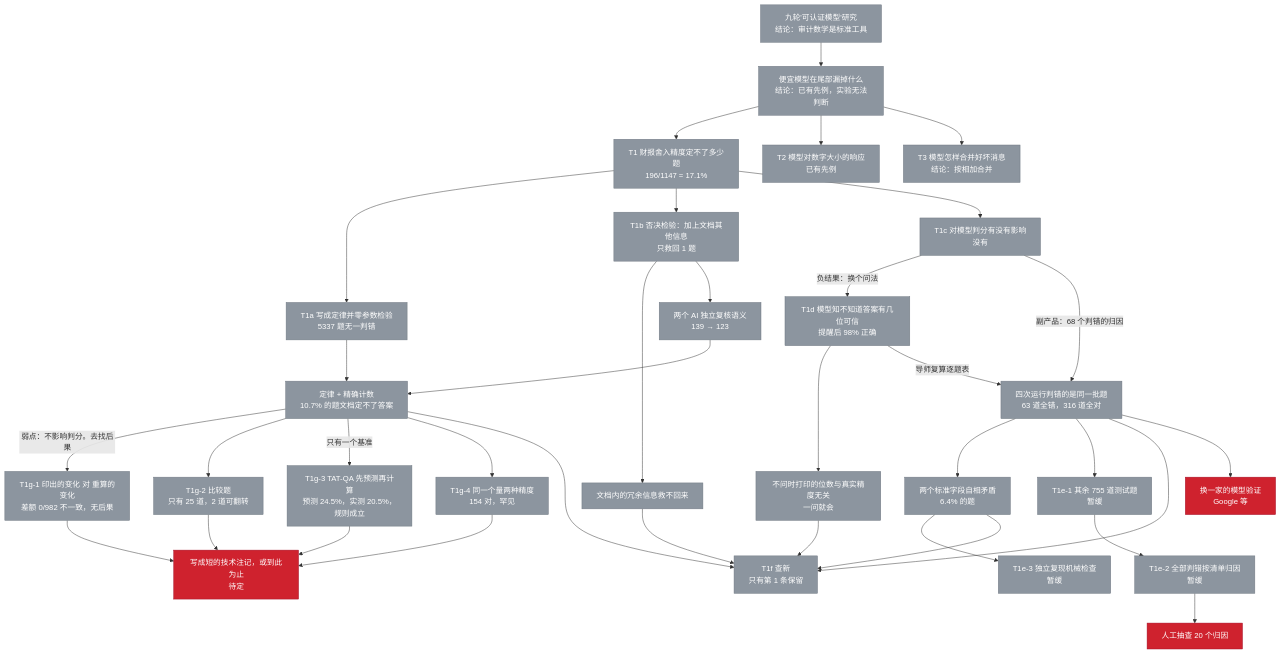
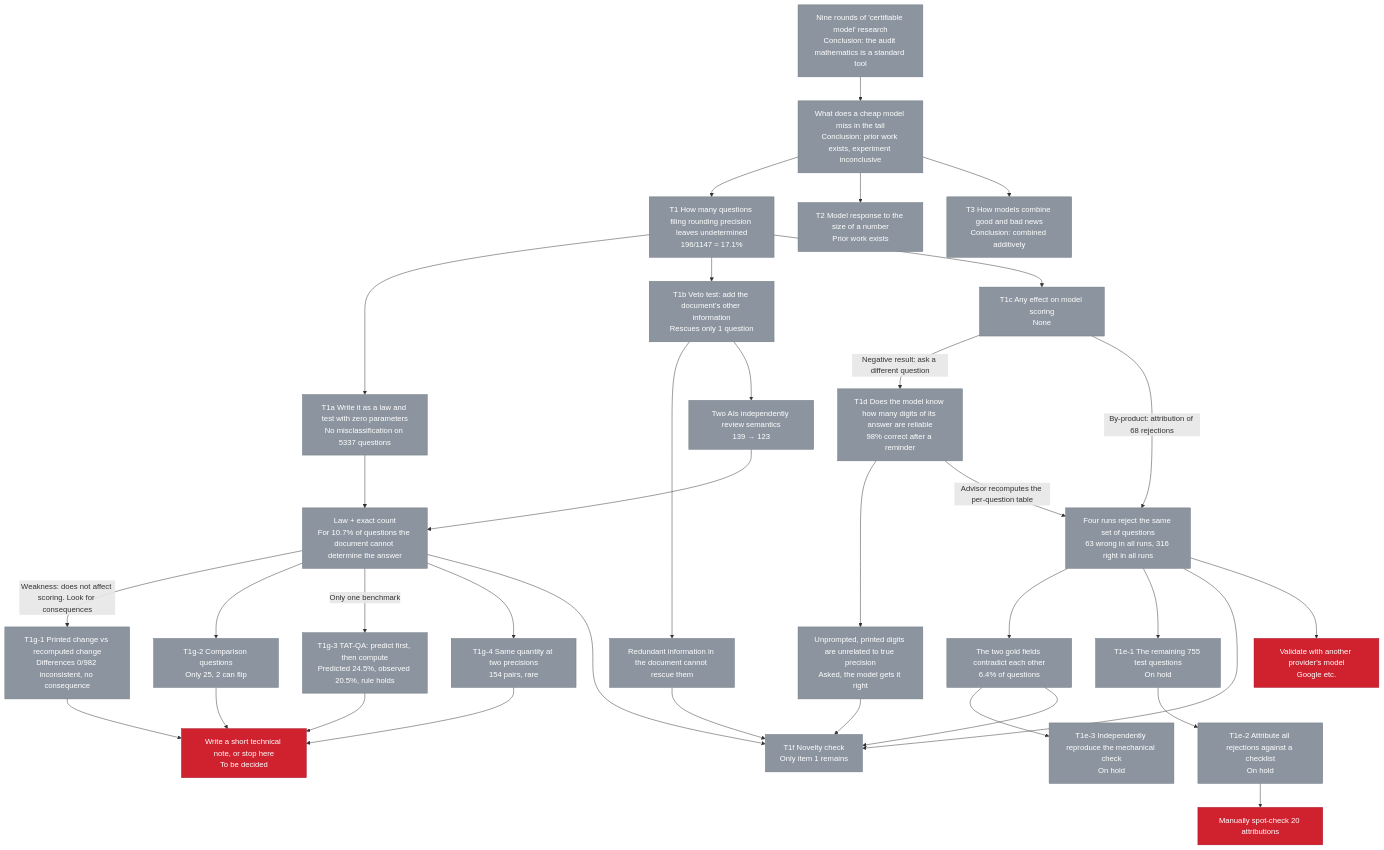
One commit to 130U/Proxy-Tail-Anatomy-of-a-Failed-Research-Line-on-LLM-Evaluation-in-Finance changed the diagram in archive/README-before-closeout.md. Above: the diagram before and after it, drawn with Mermaid. The commit also changed other lines of this file and 292 other files, not shown here.

````diff
--- a/archive/README-before-closeout.md
+++ b/archive/README-before-closeout.md
@@ -24,59 +24,59 @@
 ```mermaid
 flowchart TD
     classDef done fill:#2da44e,color:#fff,stroke:#1a7f37
     classDef todo fill:#cf222e,color:#fff,stroke:#a40e26
     classDef gold fill:#d4a72c,color:#000,stroke:#9a6700
     classDef closed fill:#8c959f,color:#fff,stroke:#6e7781
 
-    H0["九轮'可认证模型'研究<br/>结论：审计数学是标准工具"]:::closed
-    H1["便宜模型在尾部漏掉什么<br/>结论：已有先例，实验无法判断"]:::closed
-    T2["T2 模型对数字大小的响应<br/>已有先例"]:::closed
-    T3["T3 模型怎样合并好坏消息<br/>结论：按相加合并"]:::closed
+    H0["Nine rounds of 'certifiable model' research<br/>Conclusion: the audit mathematics is a standard tool"]:::closed
+    H1["What does a cheap model miss in the tail<br/>Conclusion: prior work exists, experiment inconclusive"]:::closed
+    T2["T2 Model response to the size of a number<br/>Prior work exists"]:::closed
+    T3["T3 How models combine good and bad news<br/>Conclusion: combined additively"]:::closed
 
-    T1["T1 财报舍入精度定不了多少题<br/>196/1147 = 17.1%"]:::closed
-    T1a["T1a 写成定律并零参数检验<br/>5337 题无一判错"]:::closed
-    T1b["T1b 否决检验：加上文档其他信息<br/>只救回 1 题"]:::closed
-    T1c["T1c 对模型判分有没有影响<br/>没有"]:::closed
-    T1d["T1d 模型知不知道答案有几位可信<br/>提醒后 98% 正确"]:::closed
-    REV["两个 AI 独立复核语义<br/>139 → 123"]:::closed
+    T1["T1 How many questions filing rounding precision leaves undetermined<br/>196/1147 = 17.1%"]:::closed
+    T1a["T1a Write it as a law and test with zero parameters<br/>No misclassification on 5337 questions"]:::closed
+    T1b["T1b Veto test: add the document's other information<br/>Rescues only 1 question"]:::closed
+    T1c["T1c Any effect on model scoring<br/>None"]:::closed
+    T1d["T1d Does the model know how many digits of its answer are reliable<br/>98% correct after a reminder"]:::closed
+    REV["Two AIs independently review semantics<br/>139 → 123"]:::closed
 
-    G1["定律 + 精确计数<br/>10.7% 的题文档定不了答案"]:::closed
-    G2["文档内的冗余信息救不回来"]:::closed
-    G3["不问时打印的位数与真实精度无关<br/>一问就会"]:::closed
-    G4["四次运行判错的是同一批题<br/>63 道全错，316 道全对"]:::closed
-    G5["两个标准字段自相矛盾<br/>6.4% 的题"]:::closed
+    G1["Law + exact count<br/>For 10.7% of questions the document cannot determine the answer"]:::closed
+    G2["Redundant information in the document cannot rescue them"]:::closed
+    G3["Unprompted, printed digits are unrelated to true precision<br/>Asked, the model gets it right"]:::closed
+    G4["Four runs reject the same set of questions<br/>63 wrong in all runs, 316 right in all runs"]:::closed
+    G5["The two gold fields contradict each other<br/>6.4% of questions"]:::closed
 
-    T1e1["T1e-1 其余 755 道测试题<br/>暂缓"]:::closed
-    T1e2["T1e-2 全部判错按清单归因<br/>暂缓"]:::closed
-    T1e3["T1e-3 独立复现机械检查<br/>暂缓"]:::closed
-    Ga["T1g-1 印出的变化 对 重算的变化<br/>差额 0/982 不一致，无后果"]:::closed
-    Gb["T1g-2 比较题<br/>只有 25 道，2 道可翻转"]:::closed
-    Gc["T1g-3 TAT-QA 先预测再计算<br/>预测 24.5%，实测 20.5%，规则成立"]:::closed
-    Gd["T1g-4 同一个量两种精度<br/>154 对，罕见"]:::closed
-    T1f["T1f 查新<br/>只有第 1 条保留"]:::closed
-    X1["换一家的模型验证<br/>Google 等"]:::todo
-    X2["人工抽查 20 个归因"]:::todo
-    P["写成短的技术注记，或到此为止<br/>待定"]:::todo
+    T1e1["T1e-1 The remaining 755 test questions<br/>On hold"]:::closed
+    T1e2["T1e-2 Attribute all rejections against a checklist<br/>On hold"]:::closed
+    T1e3["T1e-3 Independently reproduce the mechanical check<br/>On hold"]:::closed
+    Ga["T1g-1 Printed change vs recomputed change<br/>Differences 0/982 inconsistent, no consequence"]:::closed
+    Gb["T1g-2 Comparison questions<br/>Only 25, 2 can flip"]:::closed
+    Gc["T1g-3 TAT-QA: predict first, then compute<br/>Predicted 24.5%, observed 20.5%, rule holds"]:::closed
+    Gd["T1g-4 Same quantity at two precisions<br/>154 pairs, rare"]:::closed
+    T1f["T1f Novelty check<br/>Only item 1 remains"]:::closed
+    X1["Validate with another provider's model<br/>Google etc."]:::todo
+    X2["Manually spot-check 20 attributions"]:::todo
+    P["Write a short technical note, or stop here<br/>To be decided"]:::todo
 
     H0 --> H1 --> T1
     H1 --> T2
     H1 --> T3
     T1 --> T1a --> G1
     T1 --> T1b --> G2
     T1 --> T1c
     T1b --> REV --> G1
-    T1c -->|"负结果：换个问法"| T1d --> G3
-    T1c -->|"副产品：68 个判错的归因"| G4
-    T1d -->|"导师复算逐题表"| G4
+    T1c -->|"Negative result: ask a different question"| T1d --> G3
+    T1c -->|"By-product: attribution of 68 rejections"| G4
+    T1d -->|"Advisor recomputes the per-question table"| G4
     G4 --> G5
     G4 --> T1e1 --> T1e2
     G5 --> T1e3
-    G1 -->|"弱点：不影响判分。去找后果"| Ga
+    G1 -->|"Weakness: does not affect scoring. Look for consequences"| Ga
     G1 --> Gb
-    G1 -->|"只有一个基准"| Gc
+    G1 -->|"Only one benchmark"| Gc
     G1 --> Gd
     G1 & G2 & G3 & G4 & G5 --> T1f
     G4 --> X1
     T1e2 --> X2
     Ga & Gb & Gc & Gd --> P
 ```
````
